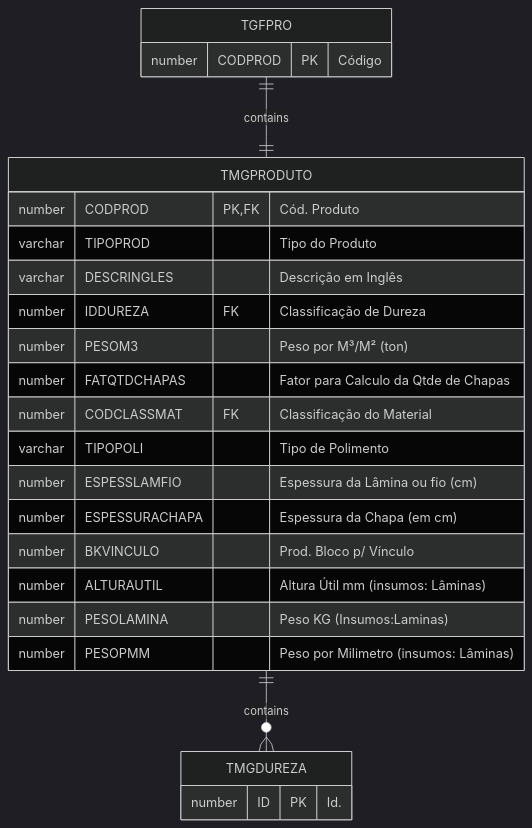
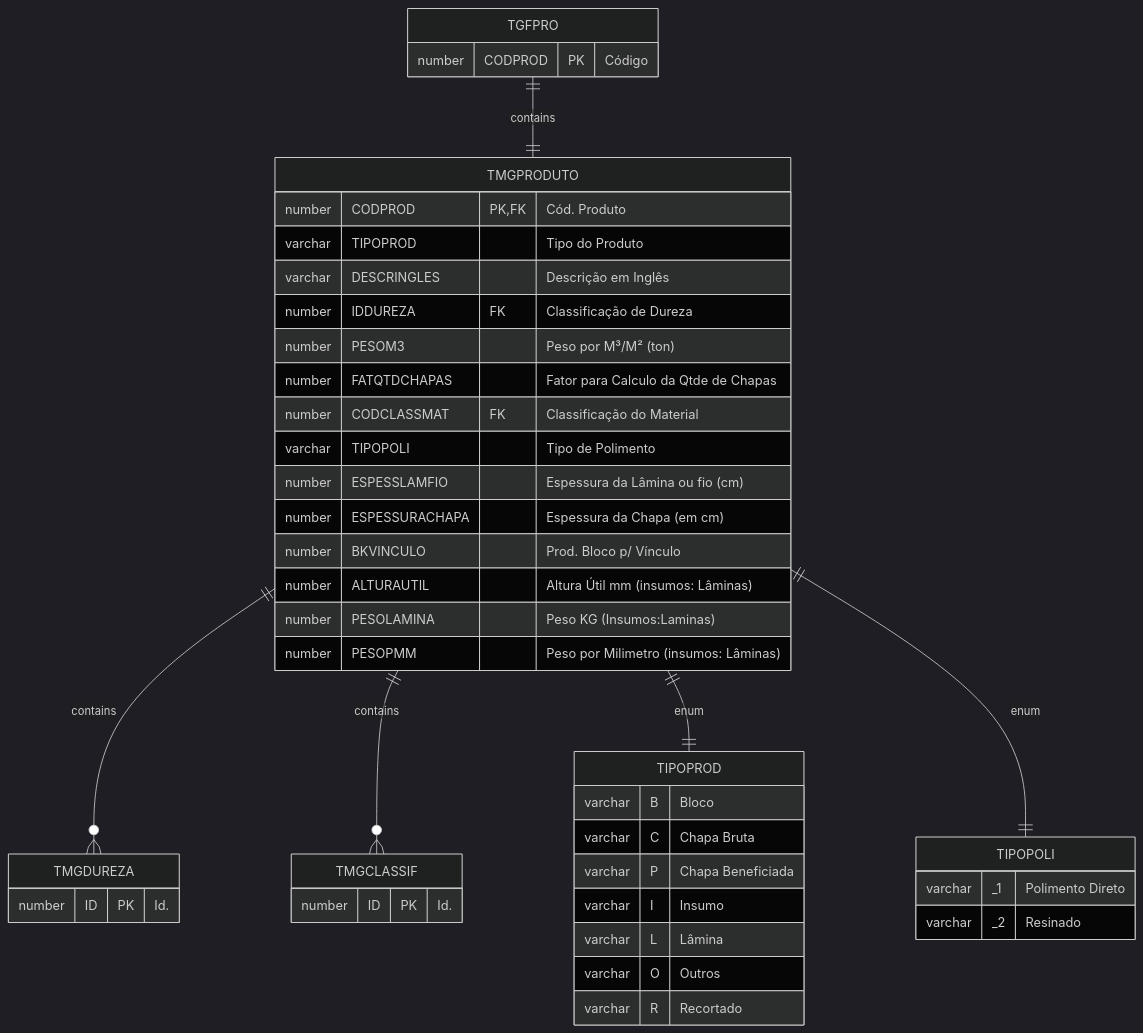
One commit to cbmsoft/margrandocs changed the first of 2 diagrams in docs/_database/TMGPRODUTO.md. Above: the diagram before and after it, drawn with Mermaid (dark theme). The commit also changed other lines of this file and 3 other files, not shown here.

````diff
--- a/docs/_database/TMGPRODUTO.md
+++ b/docs/_database/TMGPRODUTO.md
@@ -23,28 +24,47 @@
 ```mermaid
 erDiagram
     TGFPRO ||--|| TMGPRODUTO : contains
     TMGPRODUTO ||--o{ TMGDUREZA : contains
+    TMGPRODUTO ||--o{ TMGCLASSIF : contains
+    TMGPRODUTO ||--|| TIPOPROD : enum
+    TMGPRODUTO ||--|| TIPOPOLI : enum
 
     TMGPRODUTO {
         number CODPROD PK,FK "Cód. Produto"
         varchar TIPOPROD "Tipo do Produto"
         varchar DESCRINGLES "Descrição em Inglês"
         number IDDUREZA FK "Classificação de Dureza"
         number PESOM3 "Peso por M³/M² (ton)"
         number FATQTDCHAPAS "Fator para Calculo da Qtde de Chapas"
         number CODCLASSMAT FK "Classificação do Material"
         varchar TIPOPOLI "Tipo de Polimento"
         number ESPESSLAMFIO "Espessura da Lâmina ou fio (cm)"
         number ESPESSURACHAPA "Espessura da Chapa (em cm)"
         number BKVINCULO "Prod. Bloco p/ Vínculo"
         number ALTURAUTIL "Altura Útil mm (insumos: Lâminas)"
         number PESOLAMINA "Peso KG (Insumos:Laminas)"
         number PESOPMM "Peso por Milimetro (insumos: Lâminas)"
     }
     TGFPRO {
         number CODPROD PK "Código"
     }
     TMGDUREZA {
         number ID PK "Id."
     }
+    TMGCLASSIF {
+        number ID PK "Id."
+    }
+    TIPOPROD {
+        varchar B "Bloco"
+        varchar C "Chapa Bruta"
+        varchar P "Chapa Beneficiada"
+        varchar I "Insumo"
+        varchar L "Lâmina"
+        varchar O "Outros"
+        varchar R "Recortado"
+    }
+    TIPOPOLI {
+        varchar _1 "Polimento Direto"
+        varchar _2 "Resinado"
+    }
 ```
````
